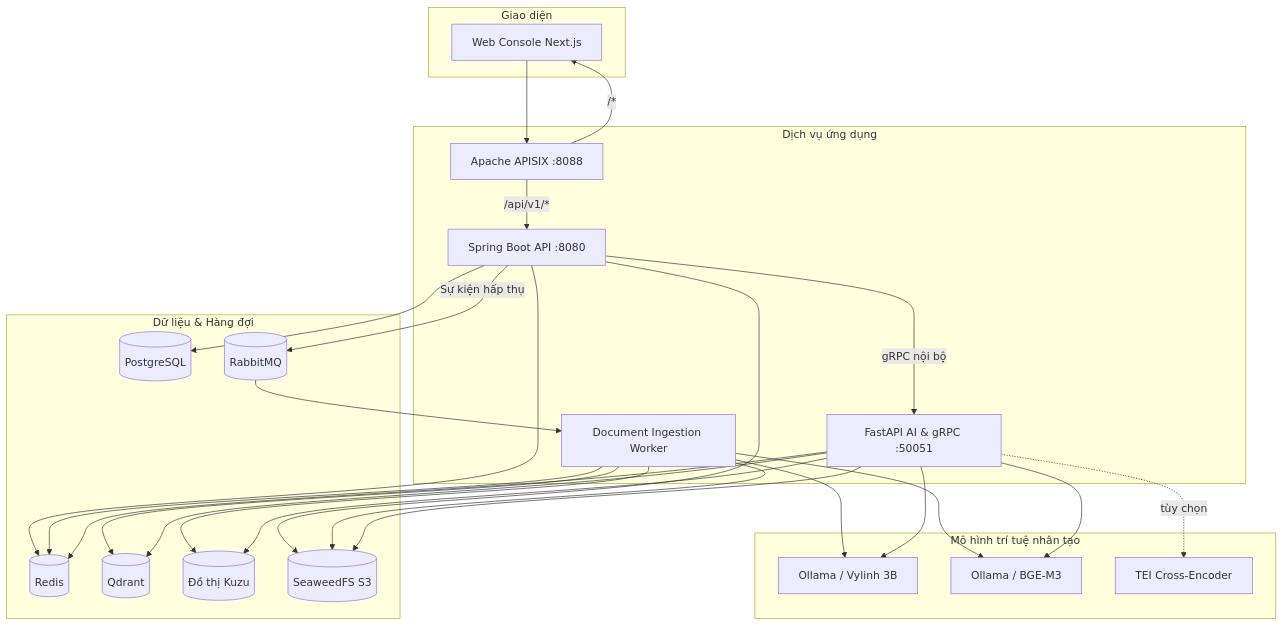
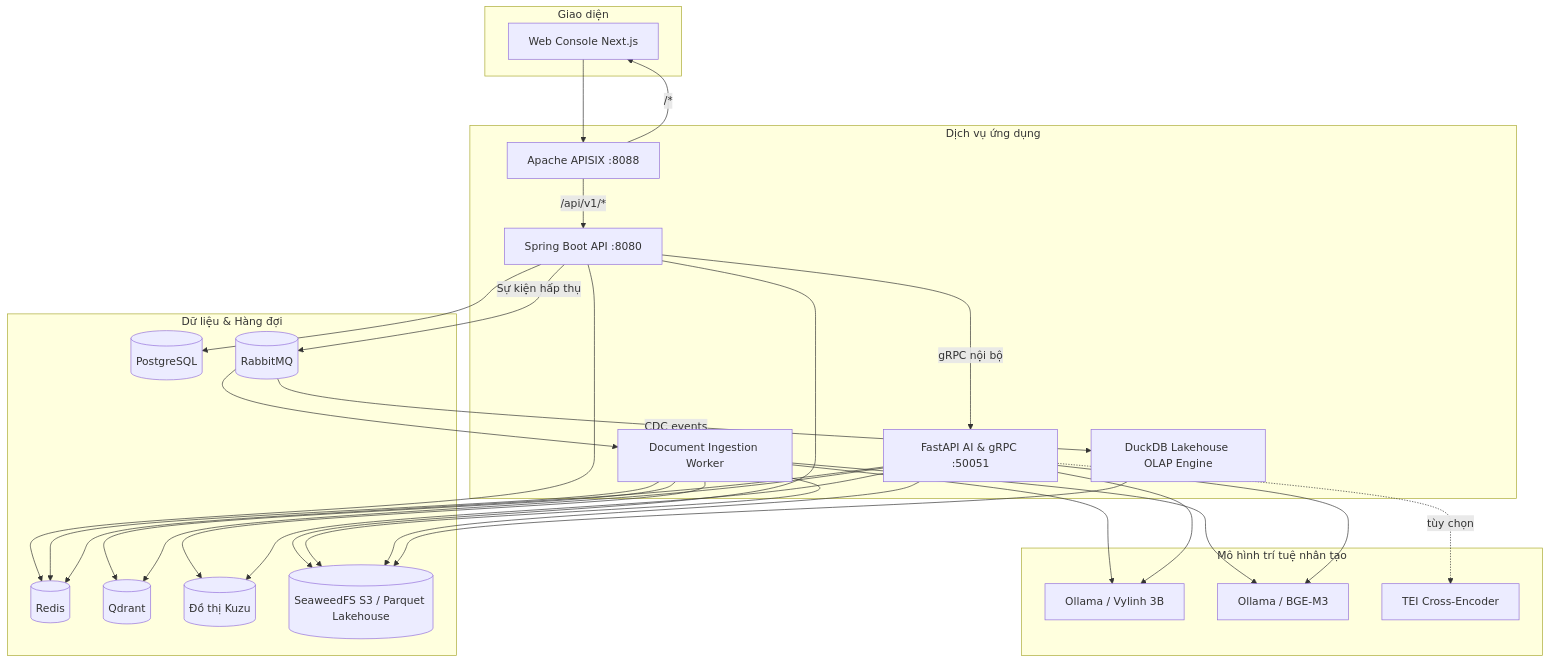
One commit to OpenVie/OpenVie changed the diagram in docs/ARCHITECTURE.md. Above: the diagram before and after it, drawn with Mermaid. The commit also changed other lines of this file and 24 other files, not shown here.

First line of the commit message:
feat(lakehouse): Implement Lakehouse cold data architecture, CDC streaming, and DuckDB OLAP engine (v0.3.1)

````diff
--- a/docs/ARCHITECTURE.md
+++ b/docs/ARCHITECTURE.md
@@ -15,35 +15,38 @@
 ```mermaid
 flowchart TB
     subgraph Clients[Giao diện]
         Web[Web Console Next.js]
     end
     subgraph Apps[Dịch vụ ứng dụng]
         Gateway[Apache APISIX :8088]
         Business[Spring Boot API :8080]
         AI[FastAPI AI & gRPC :50051]
         Worker[Document Ingestion Worker]
+        Lakehouse[DuckDB Lakehouse OLAP Engine]
     end
     subgraph Storage[Dữ liệu & Hàng đợi]
         PG[(PostgreSQL)]
         Redis[(Redis)]
         RabbitMQ[(RabbitMQ)]
         Qdrant[(Qdrant)]
         Kuzu[(Đồ thị Kuzu)]
-        Objects[(SeaweedFS S3)]
+        Objects[(SeaweedFS S3 / Parquet Lakehouse)]
     end
     subgraph Models[Mô hình trí tuệ nhân tạo]
         LLM[Ollama / Vylinh 3B]
         Embed[Ollama / BGE-M3]
         Reranker[TEI Cross-Encoder]
     end
     Web --> Gateway
     Gateway -->|/api/v1/*| Business
     Gateway -->|/*| Web
     Business --> PG & Redis & Objects
     Business -->|Sự kiện hấp thụ| RabbitMQ
     RabbitMQ --> Worker
     Business -->|gRPC nội bộ| AI
     Worker --> Redis & Objects & Qdrant & Kuzu & Embed & LLM
     AI --> Redis & Objects & Qdrant & Kuzu & Embed & LLM
     AI -. tùy chọn .-> Reranker
+    Lakehouse --> Objects
+    RabbitMQ -->|CDC events| Lakehouse
 ```
````
